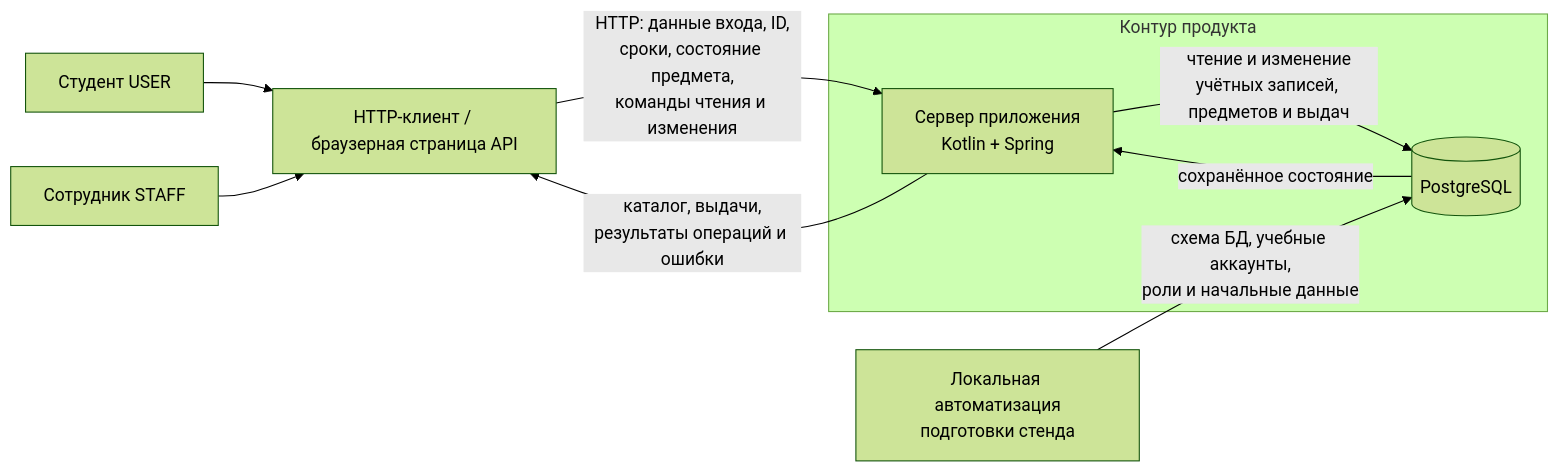
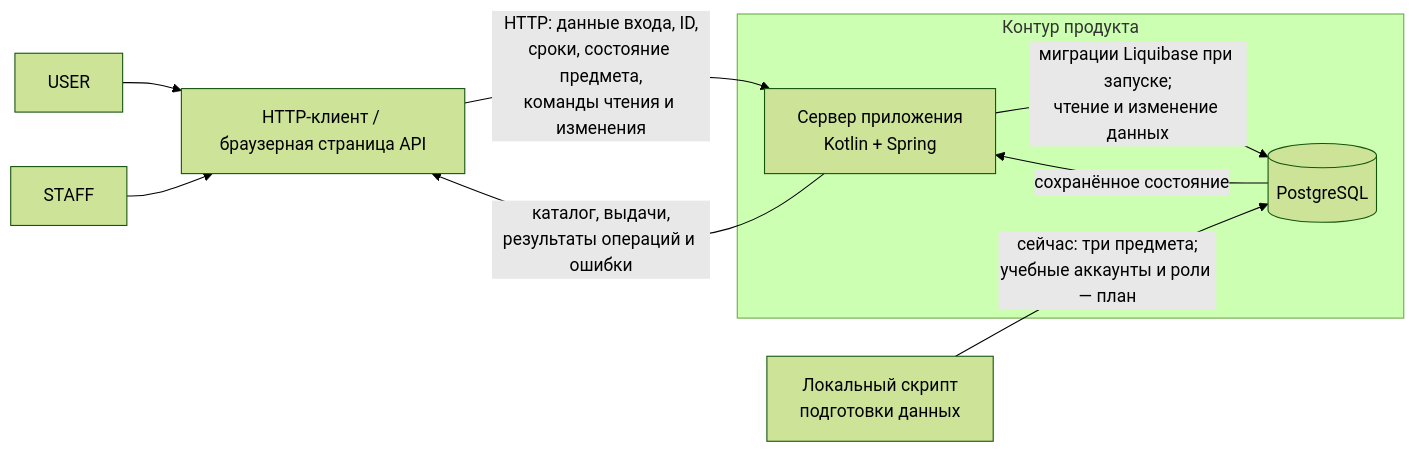
One commit to Dunckman/OOO-Shmyandeks changed the diagram in docs/threat-model.md. Above: the diagram before and after it, drawn with Mermaid (forest theme). The commit also changed other lines of this file and 5 other files, not shown here.

````diff
--- a/docs/threat-model.md
+++ b/docs/threat-model.md
@@ -22,24 +21,24 @@
 ```mermaid
 flowchart LR
-    U[Студент USER]
-    S[Сотрудник STAFF]
+    U[USER]
+    S[STAFF]
     C[HTTP-клиент / браузерная страница API]
 
     subgraph SYSTEM[Контур продукта]
         API[Сервер приложения<br/>Kotlin + Spring]
         DB[(PostgreSQL)]
     end
 
-    INIT[Локальная автоматизация<br/>подготовки стенда]
+    INIT[Локальный скрипт<br/>подготовки данных]
 
     U --> C
     S --> C
 
     C -->|HTTP: данные входа, ID,<br/>сроки, состояние предмета,<br/>команды чтения и изменения| API
     API -->|каталог, выдачи,<br/>результаты операций и ошибки| C
 
-    API -->|чтение и изменение<br/>учётных записей, предметов и выдач| DB
+    API -->|миграции Liquibase при запуске;<br/>чтение и изменение данных| DB
     DB -->|сохранённое состояние| API
 
-    INIT -->|схема БД, учебные аккаунты,<br/>роли и начальные данные| DB
+    INIT -->|сейчас: три предмета;<br/>учебные аккаунты и роли — план| DB
 ```
````
